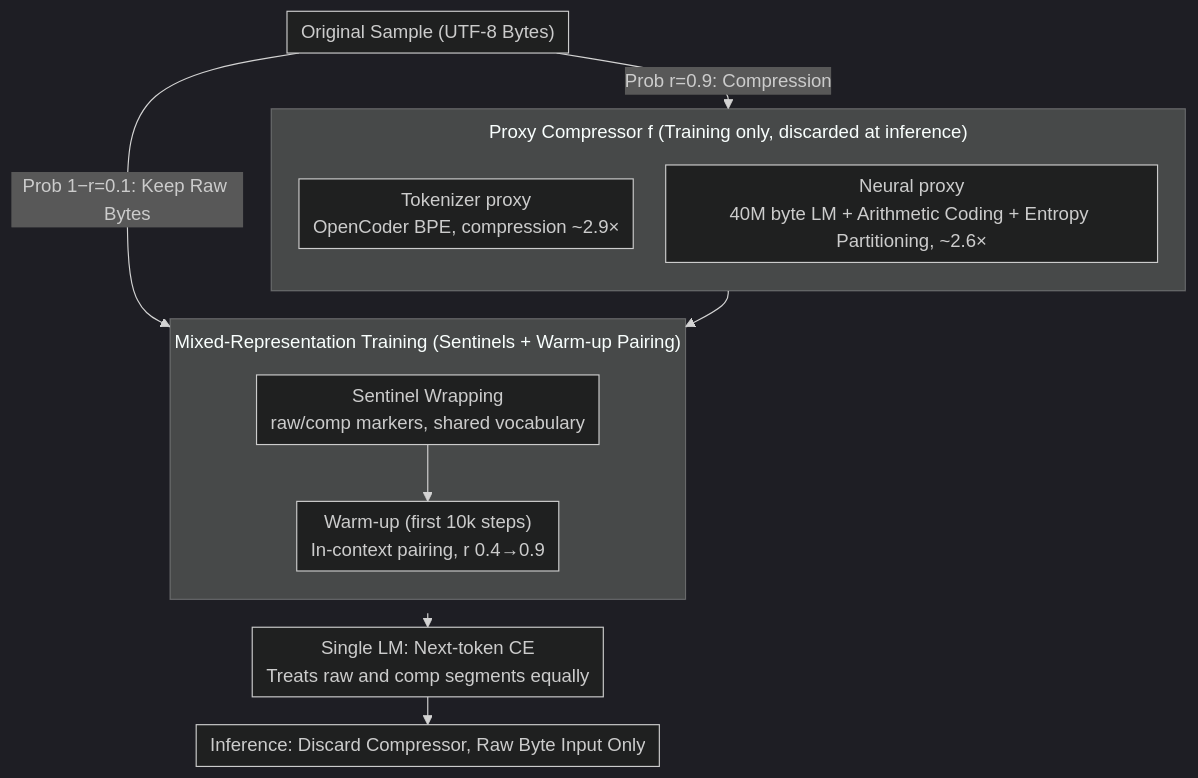
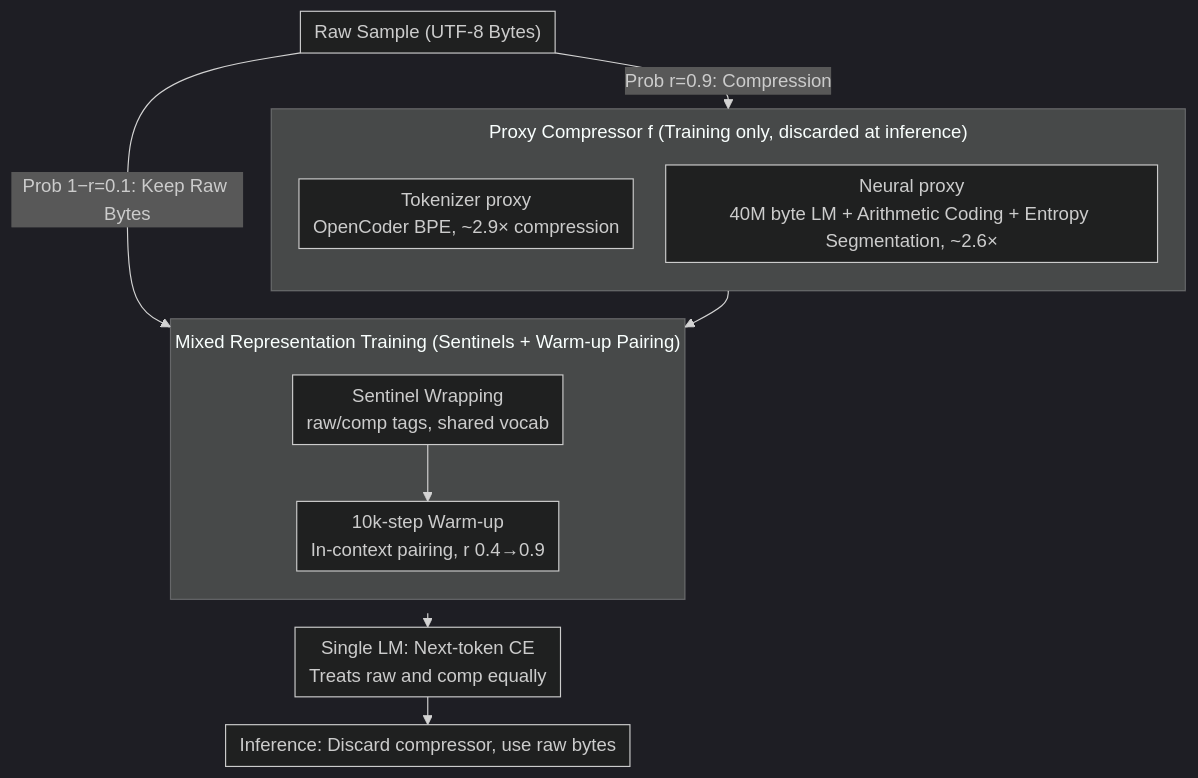
The diagram in docs/ICML2026/llm_efficiency/proxy_compression_for_language_modeling.md (zhaoyang97/Paper-Notes-en), drawn with Mermaid (dark theme) before and after one commit. The commit also changed other lines of this file and 5084 other files, not shown here.

````diff
--- a/docs/ICML2026/llm_efficiency/proxy_compression_for_language_modeling.md
+++ b/docs/ICML2026/llm_efficiency/proxy_compression_for_language_modeling.md
@@ -46,21 +46,21 @@
 ```mermaid
 %%{init: {'flowchart': {'rankSpacing': 24, 'nodeSpacing': 28, 'padding': 6, 'wrappingWidth': 400, 'subGraphTitleMargin': {'top': 8, 'bottom': 16}}}}%%
 flowchart TD
-    X["Original Sample (UTF-8 Bytes)"]
+    X["Raw Sample (UTF-8 Bytes)"]
     X -->|"Prob r=0.9: Compression"| PC
     X -->|"Prob 1−r=0.1: Keep Raw Bytes"| PACK
     subgraph PC["Proxy Compressor f (Training only, discarded at inference)"]
         direction TB
-        T["Tokenizer proxy<br/>OpenCoder BPE, compression ~2.9×"]
-        N["Neural proxy<br/>40M byte LM + Arithmetic Coding + Entropy Partitioning, ~2.6×"]
+        T["Tokenizer proxy<br/>OpenCoder BPE, ~2.9× compression"]
+        N["Neural proxy<br/>40M byte LM + Arithmetic Coding + Entropy Segmentation, ~2.6×"]
     end
-    subgraph MR["Mixed-Representation Training (Sentinels + Warm-up Pairing)"]
+    subgraph MR["Mixed Representation Training (Sentinels + Warm-up Pairing)"]
         direction TB
-        PACK["Sentinel Wrapping<br/>raw/comp markers, shared vocabulary"]
-        WARM["Warm-up (first 10k steps)<br/>In-context pairing, r 0.4→0.9"]
+        PACK["Sentinel Wrapping<br/>raw/comp tags, shared vocab"]
+        WARM["10k-step Warm-up<br/>In-context pairing, r 0.4→0.9"]
         PACK --> WARM
     end
     PC --> PACK
-    MR --> LM["Single LM: Next-token CE<br/>Treats raw and comp segments equally"]
-    LM --> INF["Inference: Discard Compressor, Raw Byte Input Only"]
+    MR --> LM["Single LM: Next-token CE<br/>Treats raw and comp equally"]
+    LM --> INF["Inference: Discard compressor, use raw bytes"]
 ```
````
